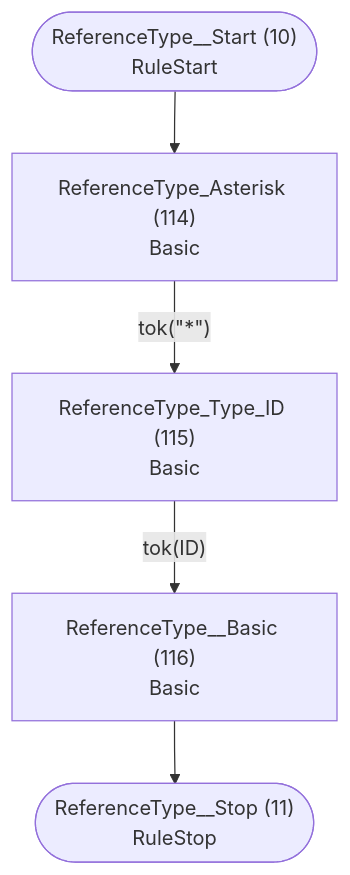
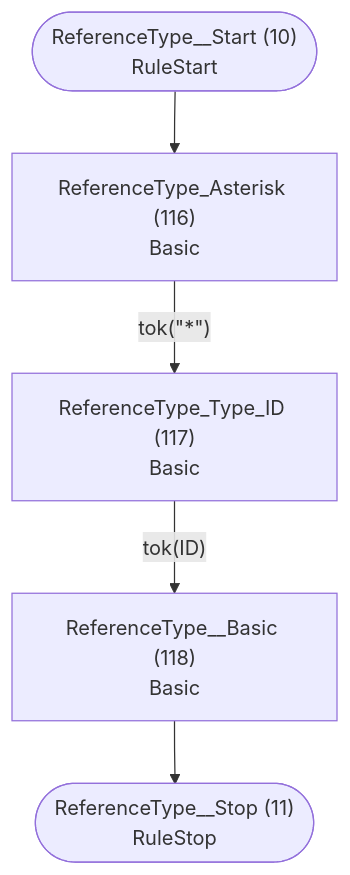
Before and after one commit to TypeFox/fastbelt: the sixth of 29 diagrams in internal/grammar/atn.md, drawn with Mermaid. The commit also changed other lines of this file and 13 other files, not shown here.

````diff
--- a/internal/grammar/atn.md
+++ b/internal/grammar/atn.md
@@ -184,13 +184,13 @@
 ```mermaid
 flowchart TD
     q10(["ReferenceType__Start (10)<br/>RuleStart"])
     q11(["ReferenceType__Stop (11)<br/>RuleStop"])
-    q114["ReferenceType_Asterisk (114)<br/>Basic<br/>"]
-    q115["ReferenceType_Type_ID (115)<br/>Basic<br/>"]
-    q116["ReferenceType__Basic (116)<br/>Basic<br/>"]
+    q116["ReferenceType_Asterisk (116)<br/>Basic<br/>"]
+    q117["ReferenceType_Type_ID (117)<br/>Basic<br/>"]
+    q118["ReferenceType__Basic (118)<br/>Basic<br/>"]
 
-    q10 --> q114
-    q114 -->|"tok(&quot;*&quot;)"| q115
-    q115 -->|"tok(ID)"| q116
-    q116 --> q11
+    q10 --> q116
+    q116 -->|"tok(&quot;*&quot;)"| q117
+    q117 -->|"tok(ID)"| q118
+    q118 --> q11
 ```
````
